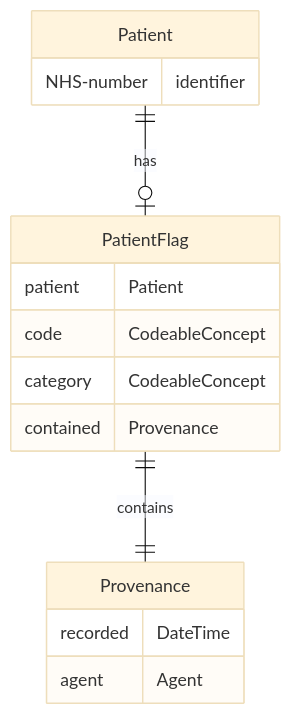
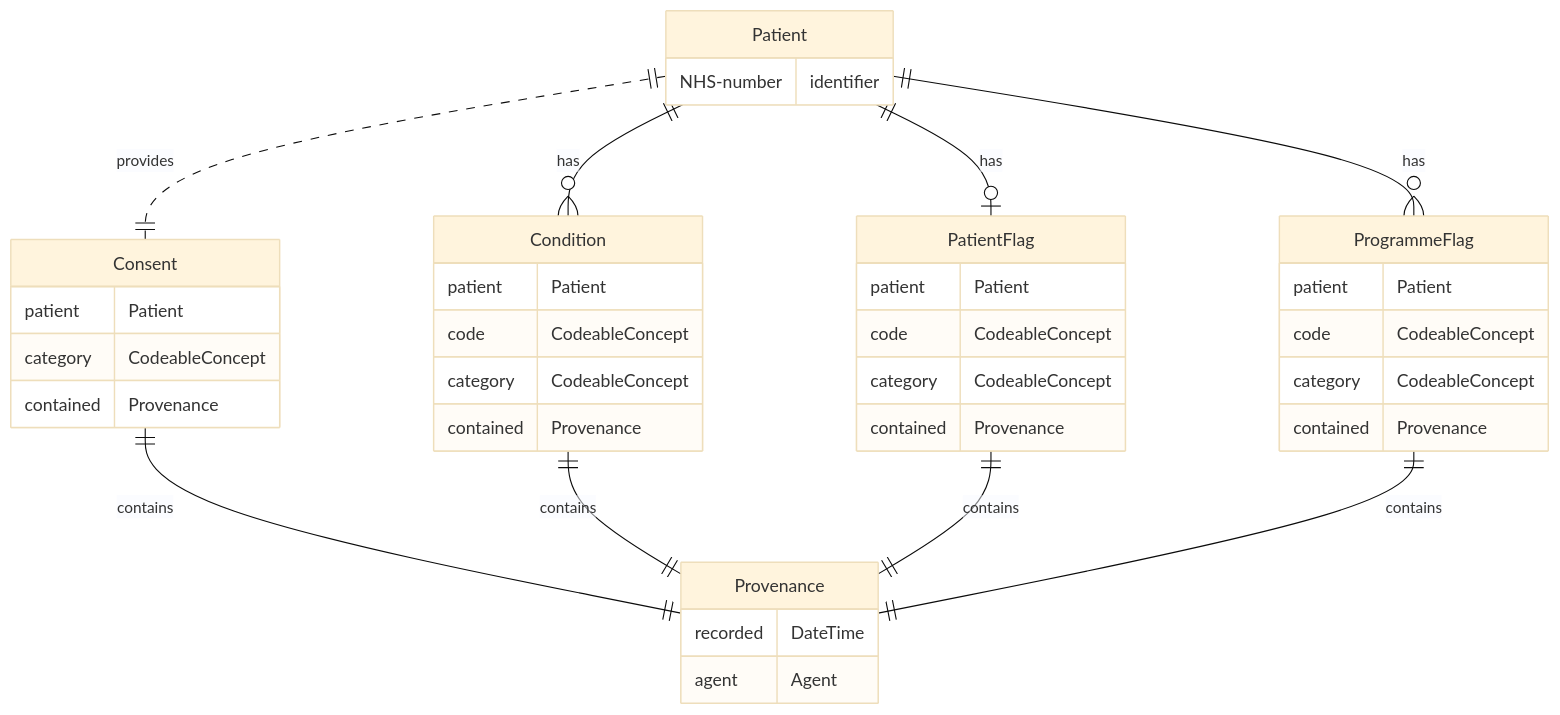
One commit to vickyjaiswal0308/Sushi-IG-Template changed the diagram in input/pagecontent/data-model.md. Above: the diagram before and after it, drawn with Mermaid (base theme). The commit also changed other lines of this file, not shown here.

```diff
--- a/input/pagecontent/data-model.md
+++ b/input/pagecontent/data-model.md
@@ -7,19 +7,43 @@
 <div class="mermaid">
 erDiagram
   Patient {
     NHS-number identifier
   }
+  Consent {
+    patient Patient
+    category CodeableConcept
+    contained Provenance
+  }
+  Condition {
+    patient Patient
+    code CodeableConcept
+    category CodeableConcept
+    contained Provenance
+  }
   PatientFlag {
+    patient Patient
+    code CodeableConcept
+    category CodeableConcept
+    contained Provenance
+  }
+  ProgrammeFlag {
     patient Patient
     code CodeableConcept
     category CodeableConcept
     contained Provenance
   }
   Provenance {
     recorded DateTime
     agent Agent
   }
 
-Patient ||--o| PatientFlag : has
-PatientFlag ||--|| Provenance : contains
+  Patient ||..|| Consent : provides
+  Patient ||--o{ Condition : has
+  Patient ||--o| PatientFlag : has
+  Patient ||--o{ ProgrammeFlag : has
+
+  Consent ||--|| Provenance : contains
+  Condition ||--|| Provenance : contains
+  PatientFlag ||--|| Provenance : contains
+  ProgrammeFlag ||--|| Provenance : contains
 </div>
```
